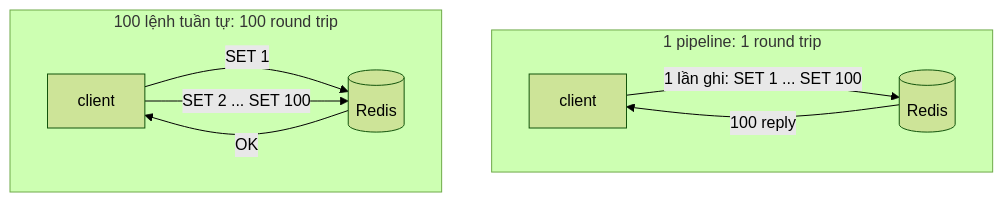
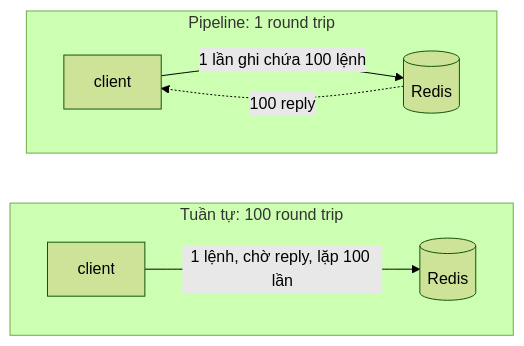
Before and after one commit to nv-minh/mq-redis-handbook: the first of 2 diagrams in 02-redis-core/lab-02-pipeline-lua/README.md, drawn with Mermaid (forest theme). The commit also changed 1 other file, not shown here.

Commit message:
docs(02-redis-core): add theory

````diff
--- a/02-redis-core/lab-02-pipeline-lua/README.md
+++ b/02-redis-core/lab-02-pipeline-lua/README.md
@@ -16,15 +16,12 @@
 ```mermaid
 flowchart LR
-    subgraph Sequential["100 lệnh tuần tự: 100 round trip"]
+    subgraph Sequential["Tuần tự: 100 round trip"]
         direction LR
-        S1[client] -->|SET 1| R1[(Redis)]
-        R1 -->|OK| S1
-        S1 -->|SET 2 ... SET 100| R1
+        C1[client] -->|"1 lệnh, chờ reply, lặp 100 lần"| R1[("Redis")]
     end
-    subgraph Pipelined["1 pipeline: 1 round trip"]
+    subgraph Pipelined["Pipeline: 1 round trip"]
         direction LR
-        P1[client] -->|"1 lần ghi: SET 1 ... SET 100"| R2[(Redis)]
-        R2 -->|"100 reply"| P1
+        C2[client] -->|"1 lần ghi chứa 100 lệnh"| R2[("Redis")]
+        R2 -.->|"100 reply"| C2
     end
-    Sequential ~~~ Pipelined
 ```
````
